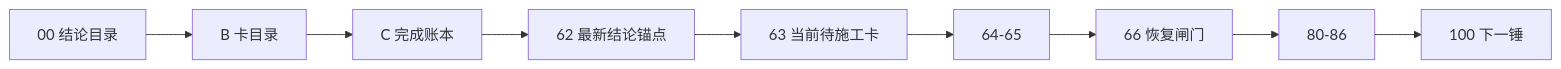
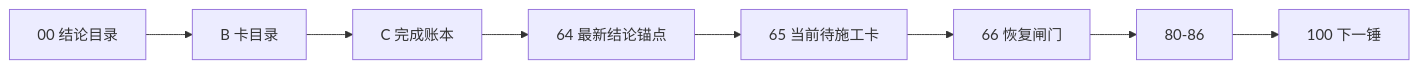
The diagram in docs/03-execution/A-execution-reading-order-20260409.md (everything-is-simple/lifespan-0.01), drawn with Mermaid before and after one commit. The commit also changed other lines of this file and 25 other files, not shown here.

````diff
--- a/docs/03-execution/A-execution-reading-order-20260409.md
+++ b/docs/03-execution/A-execution-reading-order-20260409.md
@@ -33,11 +33,10 @@
 ```mermaid
 flowchart LR
     CONC["00 结论目录"] --> BCAT["B 卡目录"]
     BCAT --> CLED["C 完成账本"]
-    CLED --> ANC["62 最新结论锚点"]
-    ANC --> G60["63 当前待施工卡"]
-    G60 --> G65["64-65"]
-    G65 --> G66["66 恢复闸门"]
-    G66 --> G80["80-86"]
-    G80 --> NEXT["100 下一锤"]
+    CLED --> ANC["64 最新结论锚点"]
+    ANC --> G60["65 当前待施工卡"]
+    G60 --> G65["66 恢复闸门"]
+    G65 --> G66["80-86"]
+    G66 --> NEXT["100 下一锤"]
 ```
````
